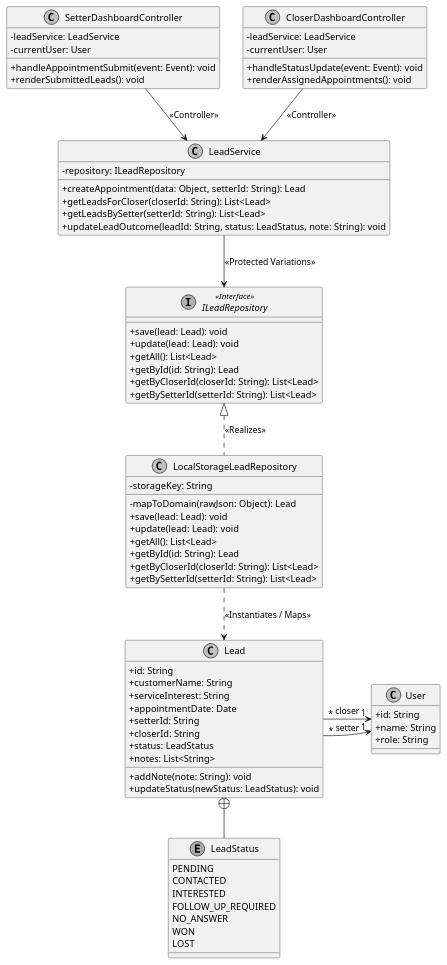
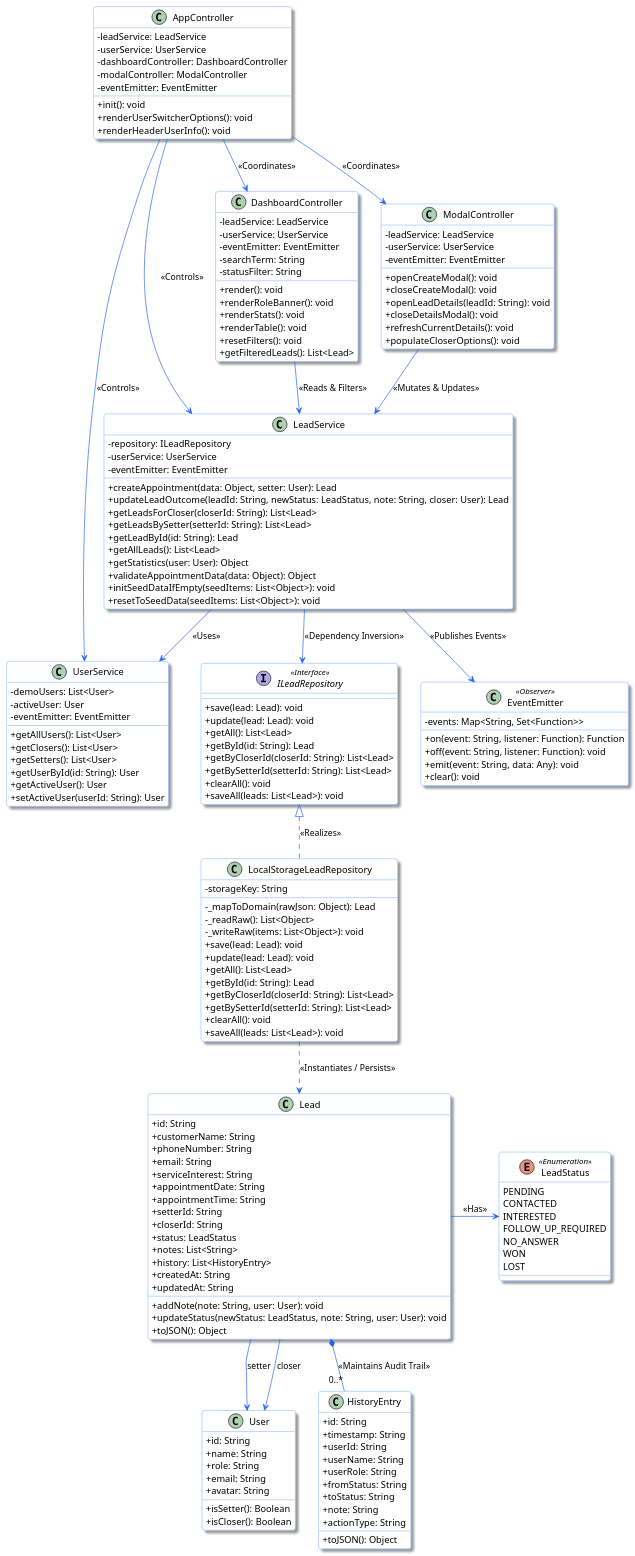
The diagram in LFlow_Structural_Diagram.puml (00dnn/LeadFlow), drawn with PlantUML before and after one commit. The commit also changed 21 other files, not shown here.

Commit message:
feat: complete LeadFlow web application with SOLID architecture and localStorage persistence

```diff
--- a/LFlow_Structural_Diagram.puml
+++ b/LFlow_Structural_Diagram.puml
@@ -1,86 +1,183 @@
 @startuml LFlow_Structural_Diagram
 skinparam classAttributeIconSize 0
-skinparam monochrome true
-skinparam shadowing false
+skinparam monochrome false
+skinparam shadowing true
+skinparam roundcorner 8
+skinparam class {
+  BackgroundColor White
+  ArrowColor #2563EB
+  BorderColor #3B82F6
+}
 
-enum LeadStatus {
+enum LeadStatus <<Enumeration>> {
   PENDING
   CONTACTED
   INTERESTED
   FOLLOW_UP_REQUIRED
   NO_ANSWER
   WON
   LOST
 }
 
 class User {
   + id: String
   + name: String
   + role: String
+  + email: String
+  + avatar: String
+  + isSetter(): Boolean
+  + isCloser(): Boolean
+}
+
+class HistoryEntry {
+  + id: String
+  + timestamp: String
+  + userId: String
+  + userName: String
+  + userRole: String
+  + fromStatus: String
+  + toStatus: String
+  + note: String
+  + actionType: String
+  + toJSON(): Object
 }
 
 class Lead {
   + id: String
   + customerName: String
+  + phoneNumber: String
+  + email: String
   + serviceInterest: String
-  + appointmentDate: Date
+  + appointmentDate: String
+  + appointmentTime: String
   + setterId: String
   + closerId: String
   + status: LeadStatus
   + notes: List<String>
-  + addNote(note: String): void
-  + updateStatus(newStatus: LeadStatus): void
+  + history: List<HistoryEntry>
+  + createdAt: String
+  + updatedAt: String
+  + addNote(note: String, user: User): void
+  + updateStatus(newStatus: LeadStatus, note: String, user: User): void
+  + toJSON(): Object
 }
 
 interface ILeadRepository <<Interface>> {
   + save(lead: Lead): void
   + update(lead: Lead): void
   + getAll(): List<Lead>
   + getById(id: String): Lead
   + getByCloserId(closerId: String): List<Lead>
   + getBySetterId(setterId: String): List<Lead>
+  + clearAll(): void
+  + saveAll(leads: List<Lead>): void
 }
 
 class LocalStorageLeadRepository {
   - storageKey: String
-  - mapToDomain(rawJson: Object): Lead
+  - _mapToDomain(rawJson: Object): Lead
+  - _readRaw(): List<Object>
+  - _writeRaw(items: List<Object>): void
   + save(lead: Lead): void
   + update(lead: Lead): void
   + getAll(): List<Lead>
   + getById(id: String): Lead
   + getByCloserId(closerId: String): List<Lead>
   + getBySetterId(setterId: String): List<Lead>
+  + clearAll(): void
+  + saveAll(leads: List<Lead>): void
+}
+
+class EventEmitter <<Observer>> {
+  - events: Map<String, Set<Function>>
+  + on(event: String, listener: Function): Function
+  + off(event: String, listener: Function): void
+  + emit(event: String, data: Any): void
+  + clear(): void
+}
+
+class UserService {
+  - demoUsers: List<User>
+  - activeUser: User
+  - eventEmitter: EventEmitter
+  + getAllUsers(): List<User>
+  + getClosers(): List<User>
+  + getSetters(): List<User>
+  + getUserById(id: String): User
+  + getActiveUser(): User
+  + setActiveUser(userId: String): User
 }
 
 class LeadService {
   - repository: ILeadRepository
-  + createAppointment(data: Object, setterId: String): Lead
+  - userService: UserService
+  - eventEmitter: EventEmitter
+  + createAppointment(data: Object, setter: User): Lead
+  + updateLeadOutcome(leadId: String, newStatus: LeadStatus, note: String, closer: User): Lead
   + getLeadsForCloser(closerId: String): List<Lead>
   + getLeadsBySetter(setterId: String): List<Lead>
-  + updateLeadOutcome(leadId: String, status: LeadStatus, note: String): void
+  + getLeadById(id: String): Lead
+  + getAllLeads(): List<Lead>
+  + getStatistics(user: User): Object
+  + validateAppointmentData(data: Object): Object
+  + initSeedDataIfEmpty(seedItems: List<Object>): void
+  + resetToSeedData(seedItems: List<Object>): void
 }
 
-class SetterDashboardController {
+class AppController {
   - leadService: LeadService
-  - currentUser: User
-  + handleAppointmentSubmit(event: Event): void
-  + renderSubmittedLeads(): void
+  - userService: UserService
+  - dashboardController: DashboardController
+  - modalController: ModalController
+  - eventEmitter: EventEmitter
+  + init(): void
+  + renderUserSwitcherOptions(): void
+  + renderHeaderUserInfo(): void
 }
 
-class CloserDashboardController {
+class DashboardController {
   - leadService: LeadService
-  - currentUser: User
-  + handleStatusUpdate(event: Event): void
-  + renderAssignedAppointments(): void
+  - userService: UserService
+  - eventEmitter: EventEmitter
+  - searchTerm: String
+  - statusFilter: String
+  + render(): void
+  + renderRoleBanner(): void
+  + renderStats(): void
+  + renderTable(): void
+  + resetFilters(): void
+  + getFilteredLeads(): List<Lead>
 }
 
+class ModalController {
+  - leadService: LeadService
+  - userService: UserService
+  - eventEmitter: EventEmitter
+  + openCreateModal(): void
+  + closeCreateModal(): void
+  + openLeadDetails(leadId: String): void
+  + closeDetailsModal(): void
+  + refreshCurrentDetails(): void
+  + populateCloserOptions(): void
+}
+
+' Relationships & Realizations
 ILeadRepository <|.. LocalStorageLeadRepository : <<Realizes>>
-LeadService --> ILeadRepository : <<Protected Variations>>
-LocalStorageLeadRepository ..> Lead : <<Instantiates / Maps>>
-LeadStatus -up-+ Lead
-SetterDashboardController --> LeadService : <<Controller>>
-CloserDashboardController --> LeadService : <<Controller>>
-Lead "*" -right-> "1" User : setter
-Lead "*" -right-> "1" User : closer
+LeadService --> ILeadRepository : <<Dependency Inversion>>
+LeadService --> UserService : <<Uses>>
+LeadService --> EventEmitter : <<Publishes Events>>
+LocalStorageLeadRepository ..> Lead : <<Instantiates / Persists>>
+
+Lead *-- "0..*" HistoryEntry : <<Maintains Audit Trail>>
+Lead -right-> LeadStatus : <<Has>>
+Lead --> User : setter
+Lead --> User : closer
+
+AppController --> LeadService : <<Controls>>
+AppController --> UserService : <<Controls>>
+AppController --> DashboardController : <<Coordinates>>
+AppController --> ModalController : <<Coordinates>>
+DashboardController --> LeadService : <<Reads & Filters>>
+ModalController --> LeadService : <<Mutates & Updates>>
 
 @enduml
```
